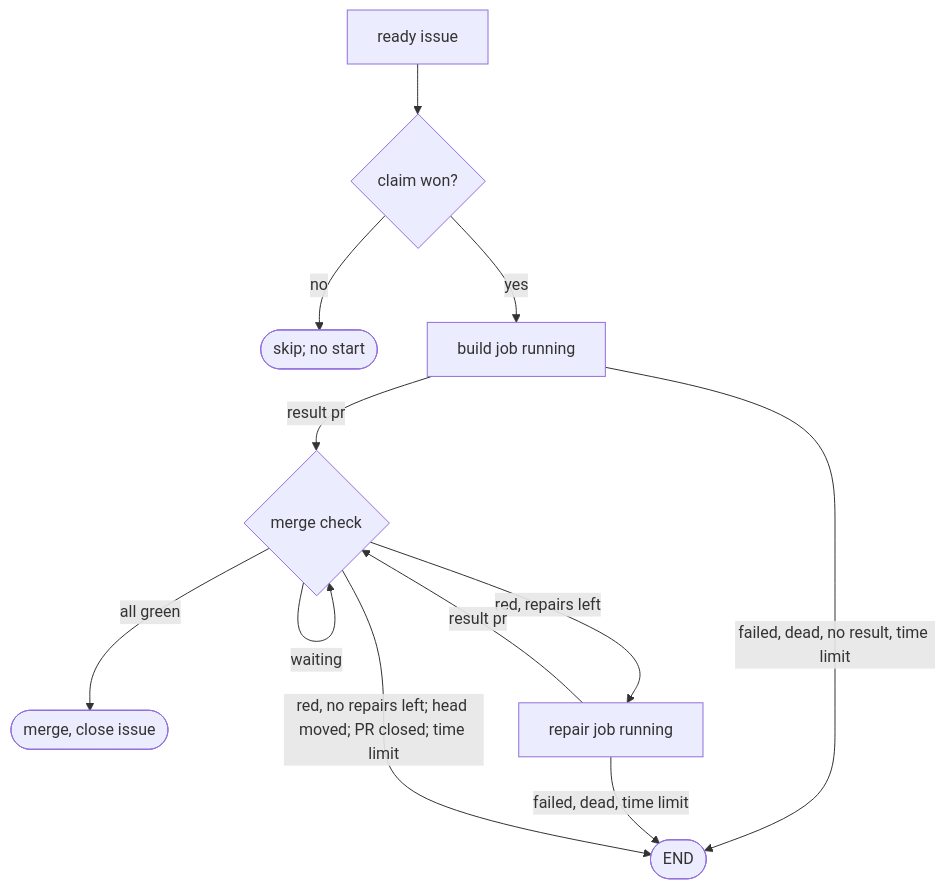
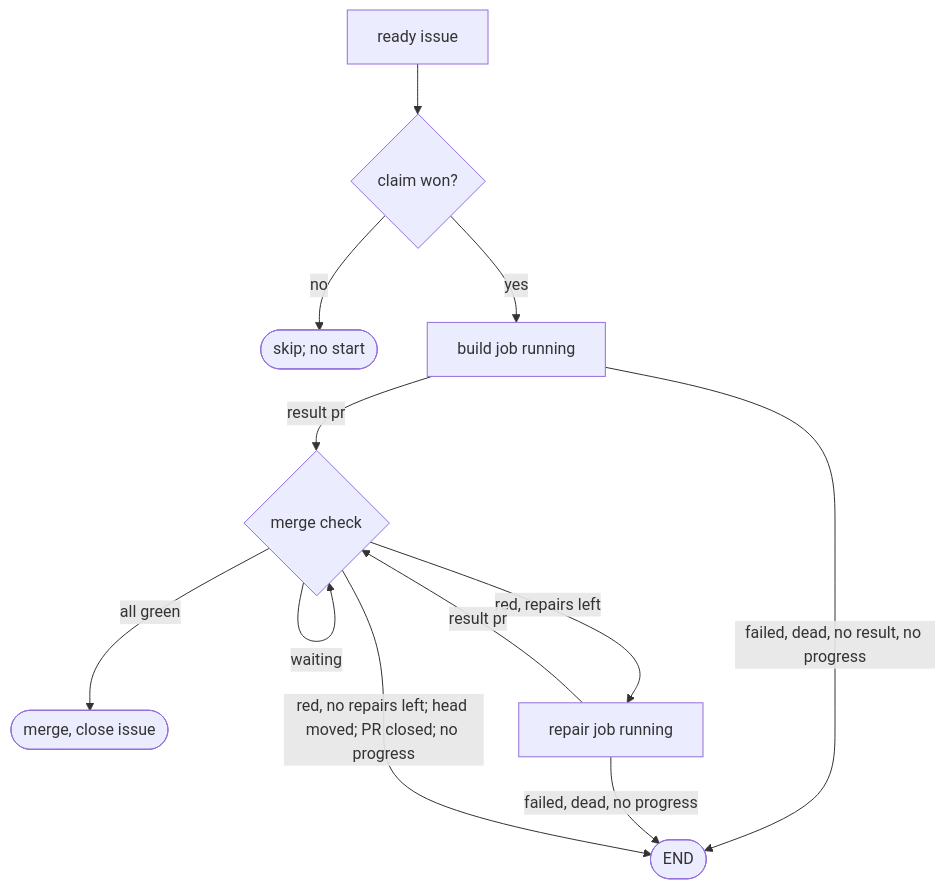
The diagram in prompts/cli/autopilot-core.prompt.md (promptdriven/pdd), drawn with Mermaid before and after one commit. The commit also changed other lines of this file and 6 other files, not shown here.

First line of the commit message:
feat(autopilot): core jobs end on no progress, not on a fixed time limit (#3183)

````diff
--- a/prompts/cli/autopilot-core.prompt.md
+++ b/prompts/cli/autopilot-core.prompt.md
@@ -119,14 +130,14 @@
 ```mermaid
 flowchart TD
     R[ready issue] --> C{claim won?}
     C -->|no| X([skip; no start])
     C -->|yes| B[build job running]
     B -->|result pr| M{merge check}
-    B -->|failed, dead, no result, time limit| E([END])
+    B -->|failed, dead, no result, no progress| E([END])
     M -->|all green| G([merge, close issue])
     M -->|waiting| M
     M -->|red, repairs left| P[repair job running]
     P -->|result pr| M
-    P -->|failed, dead, time limit| E
-    M -->|red, no repairs left; head moved; PR closed; time limit| E
+    P -->|failed, dead, no progress| E
+    M -->|red, no repairs left; head moved; PR closed; no progress| E
 ```
````
